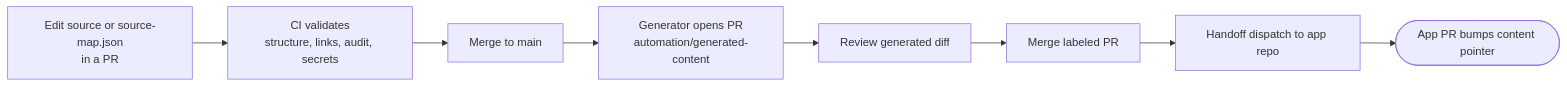
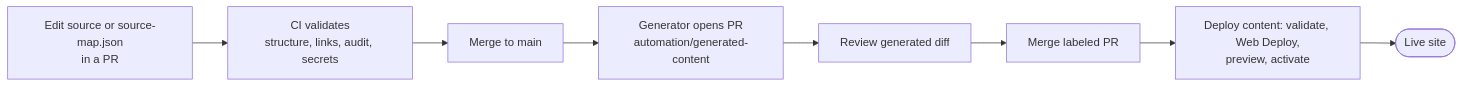
The diagram in README.md (fredrik-hellmangroup/cv-online-presenter-content), drawn with Mermaid before and after one commit. The commit also changed other lines of this file and 2 other files, not shown here.

First line of the commit message:
Deploy content as IIS content releases; drop app handoff

````diff
--- a/README.md
+++ b/README.md
@@ -9,10 +9,10 @@
 ```mermaid
 flowchart LR
     A["Edit source or source-map.json<br/>in a PR"] --> B["CI validates<br/>structure, links, audit, secrets"]
     B --> C["Merge to main"]
     C --> D["Generator opens PR<br/>automation/generated-content"]
     D --> E["Review generated diff"]
     E --> F["Merge labeled PR"]
-    F --> G["Handoff dispatch to app repo"]
-    G --> H(["App PR bumps content pointer"])
+    F --> G["Deploy content: validate, Web Deploy,<br/>preview, activate"]
+    G --> H(["Live site"])
 ```
````
